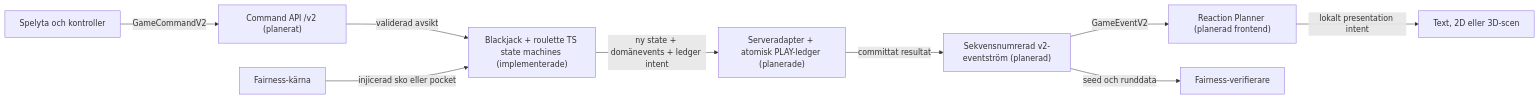
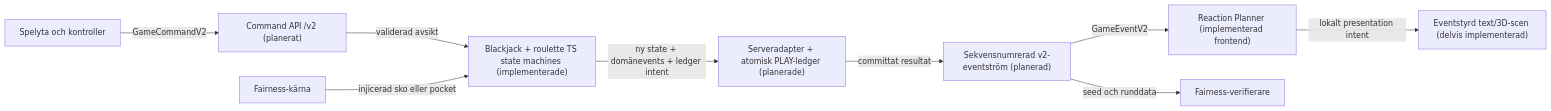
One commit to Jakeminator123/spelsajt changed the first of 3 diagrams in docs/SYSTEM_CANVAS.md. Above: the diagram before and after it, drawn with Mermaid. The commit also changed other lines of this file and 20 other files, not shown here.

````diff
--- a/docs/SYSTEM_CANVAS.md
+++ b/docs/SYSTEM_CANVAS.md
@@ -19,21 +19,21 @@
 ```mermaid
 flowchart LR
     UI["Spelyta och kontroller"]
     API["Command API /v2 (planerat)"]
     CORE["Blackjack + roulette TS state machines (implementerade)"]
     FAIR["Fairness-kärna"]
     TX["Serveradapter + atomisk PLAY-ledger (planerade)"]
     EVENTS["Sekvensnumrerad v2-eventström (planerad)"]
-    PLAN["Reaction Planner (planerad frontend)"]
-    SCENE["Text, 2D eller 3D-scen"]
+    PLAN["Reaction Planner (implementerad frontend)"]
+    SCENE["Eventstyrd text/3D-scen (delvis implementerad)"]
     VERIFY["Fairness-verifierare"]
 
     UI -->|"GameCommandV2"| API
     API -->|"validerad avsikt"| CORE
     FAIR -->|"injicerad sko eller pocket"| CORE
     CORE -->|"ny state + domänevents + ledger intent"| TX
     TX -->|"committat resultat"| EVENTS
     EVENTS -->|"GameEventV2"| PLAN
     PLAN -->|"lokalt presentation intent"| SCENE
     EVENTS -->|"seed och runddata"| VERIFY
 ```
````
